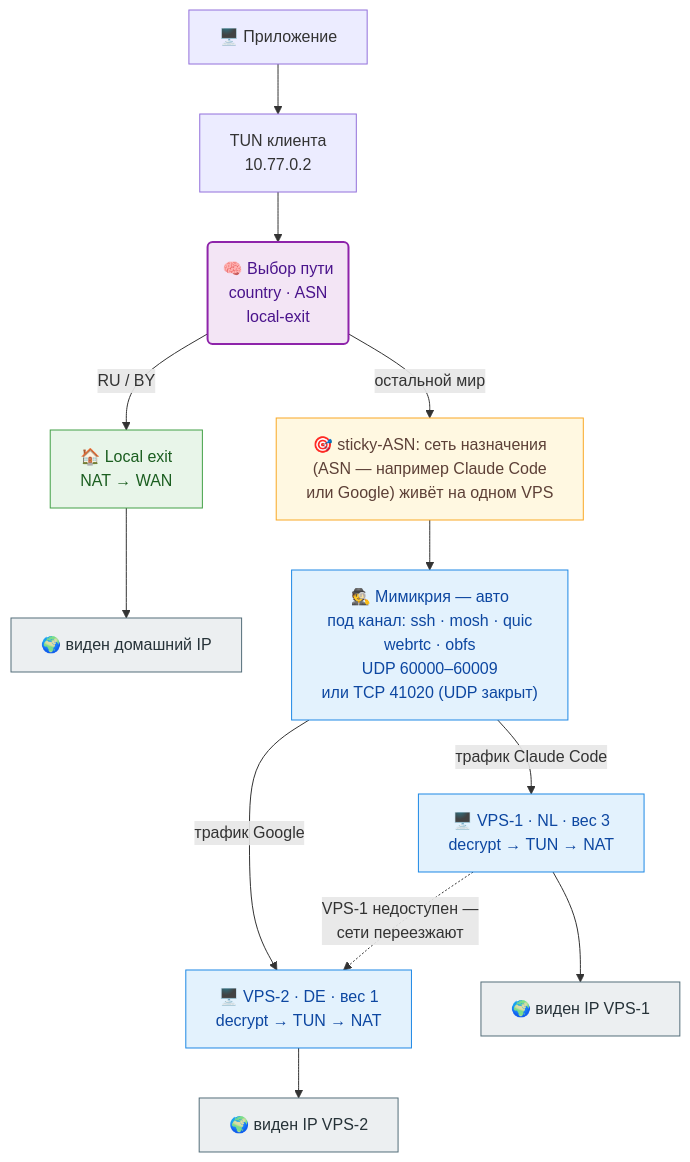
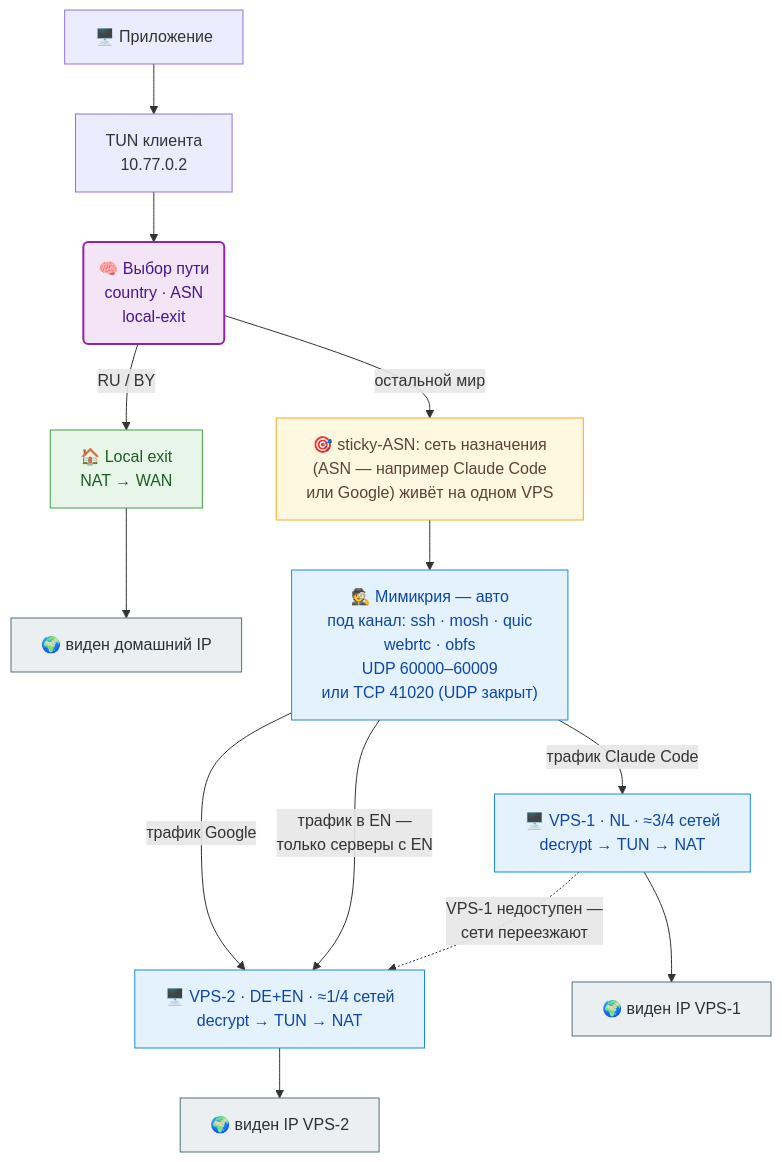
The diagram in README.md (vadv/svpn), drawn with Mermaid before and after one commit. The commit also changed other lines of this file and 3 other files, not shown here.

````diff
--- a/README.md
+++ b/README.md
@@ -9,25 +9,26 @@
 ```mermaid
 %%{init: {"flowchart": {"wrappingWidth": 280}}}%%
 flowchart TD
     app["🖥️ Приложение"] --> tun["TUN клиента<br/>10.77.0.2"]
     tun --> brain("🧠 Выбор пути<br/>country · ASN<br/>local-exit")
     brain -->|"RU / BY"| local["🏠 Local exit<br/>NAT → WAN"]
     local --> home["🌍 виден домашний IP"]
     brain -->|"остальной мир"| asn["🎯 sticky-ASN: сеть назначения<br/>(ASN — например Claude Code<br/>или Google) живёт на одном VPS"]
     asn --> mimic["🕵️ Мимикрия — авто<br/>под канал: ssh · mosh · quic<br/>webrtc · obfs<br/>UDP 60000–60009<br/>или TCP 41020 (UDP закрыт)"]
-    mimic -->|"трафик Claude Code"| vps1["🖥️ VPS-1 · NL · вес 3<br/>decrypt → TUN → NAT"]
-    mimic -->|"трафик Google"| vps2["🖥️ VPS-2 · DE · вес 1<br/>decrypt → TUN → NAT"]
+    mimic -->|"трафик Claude Code"| vps1["🖥️ VPS-1 · NL · ≈3/4 сетей<br/>decrypt → TUN → NAT"]
+    mimic -->|"трафик Google"| vps2["🖥️ VPS-2 · DE+EN · ≈1/4 сетей<br/>decrypt → TUN → NAT"]
+    mimic -->|"трафик в EN —<br/>только серверы с EN"| vps2
     vps1 --> net1["🌍 виден IP VPS-1"]
     vps2 --> net2["🌍 виден IP VPS-2"]
     vps1 -.->|"VPS-1 недоступен —<br/>сети переезжают"| vps2
     classDef brain fill:#f3e5f5,stroke:#8e24aa,stroke-width:2px,color:#4a148c
     classDef local fill:#e8f5e9,stroke:#43a047,color:#1b5e20
     classDef asn fill:#fff8e1,stroke:#f9a825,color:#5d4037
     classDef vpn fill:#e3f2fd,stroke:#1e88e5,color:#0d47a1
     classDef edge fill:#eceff1,stroke:#546e7a,color:#263238
     class brain brain
     class local local
     class asn asn
     class mimic,vps1,vps2 vpn
     class home,net1,net2 edge
 ```
````
